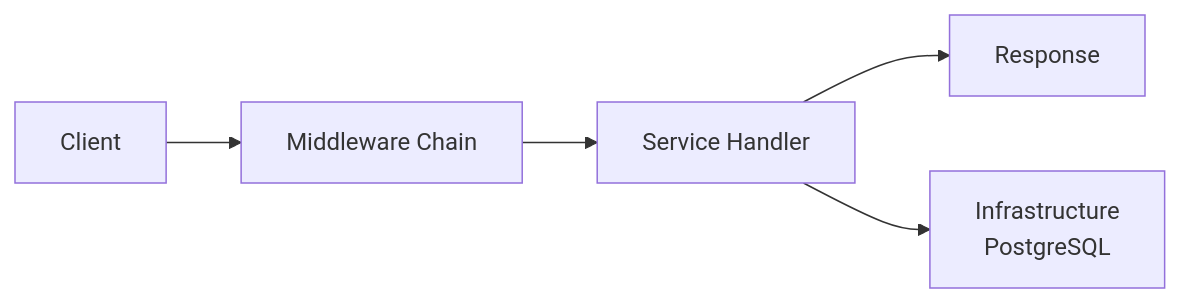
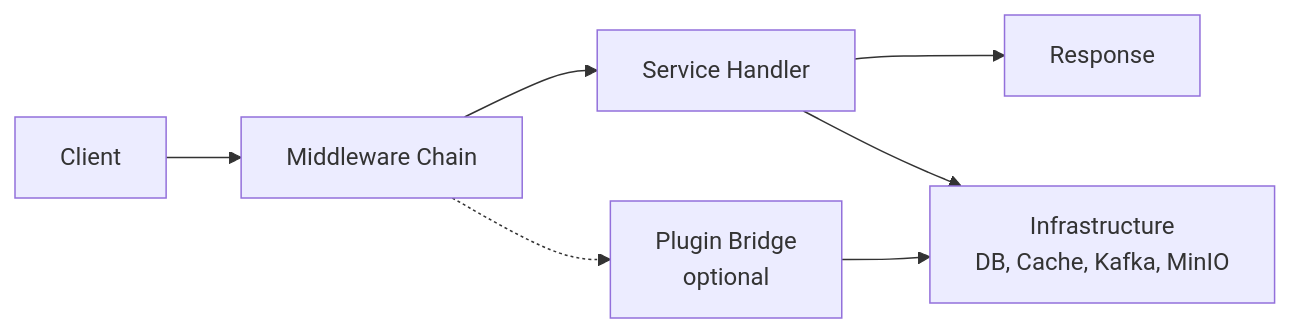
Before and after one commit to diameter-tscd/stackyrd: the second of 4 diagrams in docs_wiki/ARCHITECTURE.md, drawn with Mermaid. The commit also changed other lines of this file and 199 other files, not shown here.

````diff
--- a/docs_wiki/ARCHITECTURE.md
+++ b/docs_wiki/ARCHITECTURE.md
@@ -38,7 +41,9 @@
 ```mermaid
 flowchart LR
     A[Client] --> B[Middleware Chain]
     B --> C[Service Handler]
     C --> D[Response]
-    C --> E[Infrastructure<br/>PostgreSQL]
+    B -.-> E[Plugin Bridge<br/>optional]
+    E --> F[Infrastructure<br/>DB, Cache, Kafka, MinIO]
+    C --> F
 ```
````
